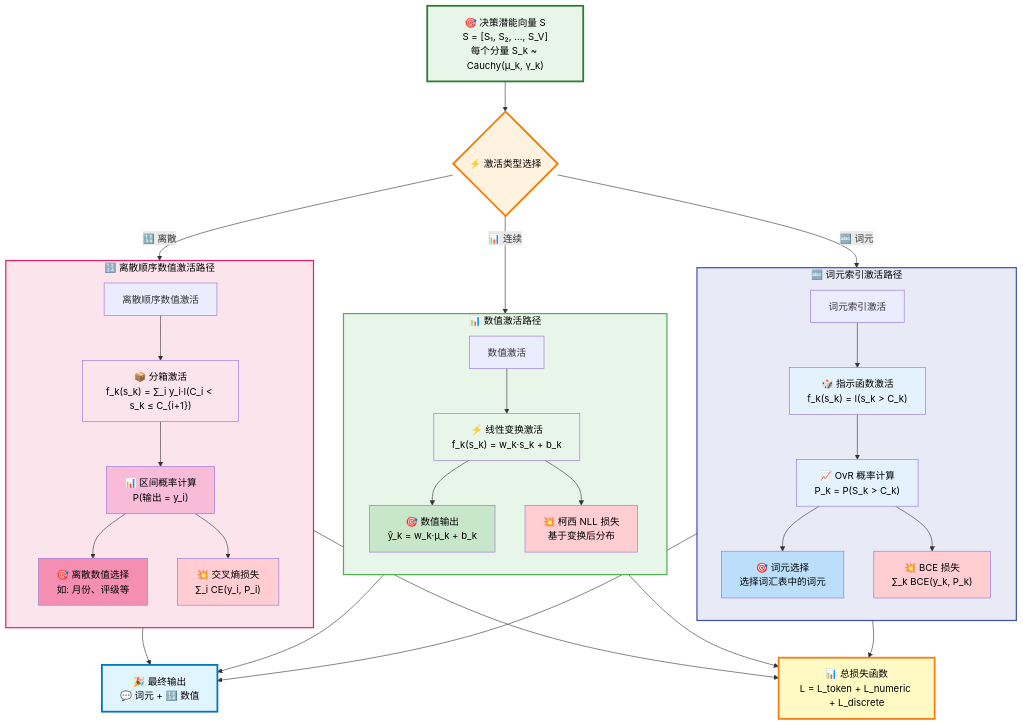
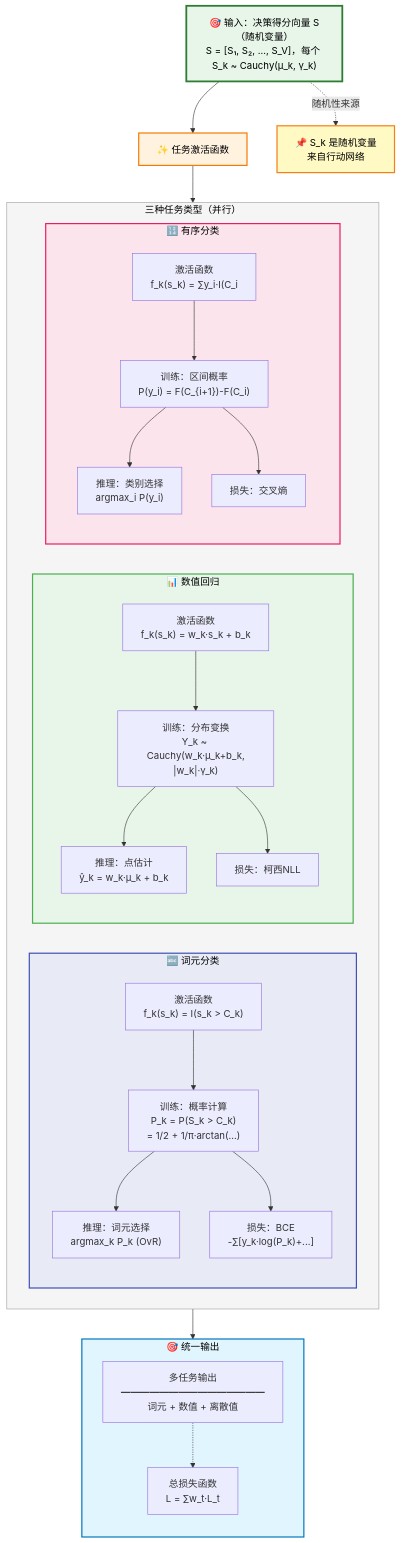
Before and after one commit to 1587causalai/CausalQwen: the seventh of 9 diagrams in causal_engine/MATHEMATICAL_FOUNDATIONS_CN.md, drawn with Mermaid. The commit also changed other lines of this file and 1 other file, not shown here.

````diff
--- a/causal_engine/MATHEMATICAL_FOUNDATIONS_CN.md
+++ b/causal_engine/MATHEMATICAL_FOUNDATIONS_CN.md
@@ -81,67 +397,68 @@
 ```mermaid
 graph TB
-    Input["🎯 决策潜能向量 S<br/>S = [S₁, S₂, ..., S_V]<br/>每个分量 S_k ~ Cauchy(μ_k, γ_k)"] 
+    %% 任务激活：三种任务类型的并行处理
     
-    Input --> TaskType{"⚡ 激活类型选择"}
+    Input["🎯 输入：决策得分向量 S（随机变量）<br/>S = [S₁, S₂, ..., S_V]，每个 S_k ~ Cauchy(μ_k, γ_k)"] 
     
-    TaskType -->|🔤 词元| TokenPath["词元索引激活"]
-    TaskType -->|📊 连续| NumPath["数值激活"] 
-    TaskType -->|🔢 离散| DiscreteNumPath["离散顺序数值激活"]
+    Input --> Title["✨ 任务激活函数"]
     
-    subgraph Token ["🔤 词元索引激活路径"]
-        direction TB
-        TokenPath --> T1["🎲 指示函数激活<br/>f_k(s_k) = I(s_k > C_k)"]
-        T1 --> T2["📈 OvR 概率计算<br/>P_k = P(S_k > C_k)"]
-        T2 --> T3["🎯 词元选择<br/>选择词汇表中的词元"]
-        T2 --> T4["💥 BCE 损失<br/>∑_k BCE(y_k, P_k)"]
+    Title --> Tasks
+    
+    subgraph Tasks ["三种任务类型（并行）"]
+        direction LR
+        
+        subgraph Token ["🔤 词元分类"]
+            direction TB
+            T1["激活函数<br/>f_k(s_k) = I(s_k > C_k)"]
+            T2["训练：概率计算<br/>P_k = P(S_k > C_k)<br/>= 1/2 + 1/π·arctan(...)"]
+            T3["推理：词元选择<br/>argmax_k P_k (OvR)"]
+            T4["损失：BCE<br/>-∑[y_k·log(P_k)+...]"]
+            T1 --> T2 --> T3
+            T2 --> T4
+        end
+        
+        subgraph Numeric ["📊 数值回归"]
+            direction TB
+            N1["激活函数<br/>f_k(s_k) = w_k·s_k + b_k"]
+            N2["训练：分布变换<br/>Y_k ~ Cauchy(w_k·μ_k+b_k,<br/>|w_k|·γ_k)"]
+            N3["推理：点估计<br/>ŷ_k = w_k·μ_k + b_k"]
+            N4["损失：柯西NLL"]
+            N1 --> N2 --> N3
+            N2 --> N4
+        end
+        
+        subgraph Discrete ["🔢 有序分类"]
+            direction TB
+            D1["激活函数<br/>f_k(s_k) = ∑y_i·I(C_i<s_k≤C_{i+1})"]
+            D2["训练：区间概率<br/>P(y_i) = F(C_{i+1})-F(C_i)"]
+            D3["推理：类别选择<br/>argmax_i P(y_i)"]
+            D4["损失：交叉熵"]
+            D1 --> D2 --> D3
+            D2 --> D4
+        end
     end
     
-    subgraph Numeric ["📊 数值激活路径"]
+    Tasks --> Integration
+    
+    subgraph Integration ["🎯 统一输出"]
         direction TB
-        NumPath --> N1["⚡ 线性变换激活<br/>f_k(s_k) = w_k·s_k + b_k"]
-        N1 --> N2["🎯 数值输出<br/>ŷ_k = w_k·μ_k + b_k"]
-        N1 --> N3["💥 柯西 NLL 损失<br/>基于变换后分布"]
+        Out1["多任务输出<br/>━━━━━━━━━━━━━━━<br/>词元 + 数值 + 离散值"]
+        Loss1["总损失函数<br/>L = ∑w_t·L_t"]
+        Out1 -.-> Loss1
     end
     
-    subgraph Discrete ["🔢 离散顺序数值激活路径"]
-        direction TB
-        DiscreteNumPath --> D1["📦 分箱激活<br/>f_k(s_k) = ∑_i y_i·I(C_i < s_k ≤ C_{i+1})"]
-        D1 --> D2["📊 区间概率计算<br/>P(输出 = y_i)"]
-        D2 --> D3["🎯 离散数值选择<br/>如: 月份、评级等"]
-        D2 --> D4["💥 交叉熵损失<br/>∑_i CE(y_i, P_i)"]
-    end
-    
-    T3 --> Output["🎉 最终输出<br/>💬 词元 + 🔢 数值"]
-    N2 --> Output
-    D3 --> Output
-    
-    T4 --> TotalLoss["📊 总损失函数<br/>L = L_token + L_numeric + L_discrete"]
-    N3 --> TotalLoss
-    D4 --> TotalLoss
+    %% 强调随机性
+    Input -.->|"随机性来源"| Note["📌 S_k 是随机变量<br/>来自行动网络"]
     
     %% 样式定义
     style Input fill:#e8f5e9,stroke:#2e7d32,stroke-width:3px,color:#000
-    style TaskType fill:#fff3e0,stroke:#f57c00,stroke-width:3px,color:#000
-    style Output fill:#e1f5fe,stroke:#0277bd,stroke-width:3px,color:#000
-    style TotalLoss fill:#fff9c4,stroke:#f57f17,stroke-width:3px,color:#000
+    style Title fill:#fff3e0,stroke:#f57c00,stroke-width:2px,color:#000
+    style Tasks fill:#f5f5f5,stroke:#9e9e9e,stroke-width:1px,color:#000
+    style Integration fill:#e1f5fe,stroke:#0277bd,stroke-width:2px,color:#000
     
-    %% 路径样式
     style Token fill:#e8eaf6,stroke:#3f51b5,stroke-width:2px,color:#000
     style Numeric fill:#e8f5e9,stroke:#4caf50,stroke-width:2px,color:#000
     style Discrete fill:#fce4ec,stroke:#e91e63,stroke-width:2px,color:#000
     
-    %% 节点样式
-    style T1 fill:#e3f2fd,color:#000
-    style T2 fill:#e3f2fd,color:#000
-    style T3 fill:#bbdefb,color:#000
-    style T4 fill:#ffcdd2,color:#000
-    
-    style N1 fill:#e8f5e9,color:#000
-    style N2 fill:#c8e6c9,color:#000
-    style N3 fill:#ffcdd2,color:#000
-    
-    style D1 fill:#fce4ec,color:#000
-    style D2 fill:#f8bbd9,color:#000
-    style D3 fill:#f48fb1,color:#000
-    style D4 fill:#ffcdd2,color:#000
+    style Note fill:#fff9c4,stroke:#f57f17,stroke-width:2px,color:#000
 ```
````
